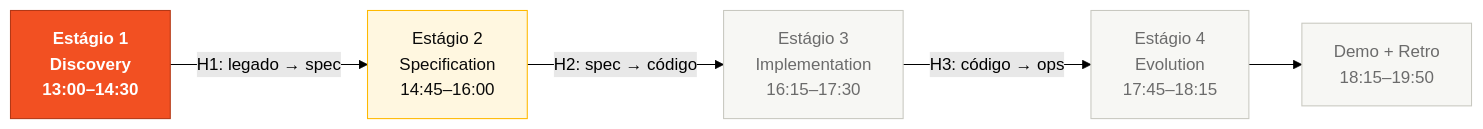
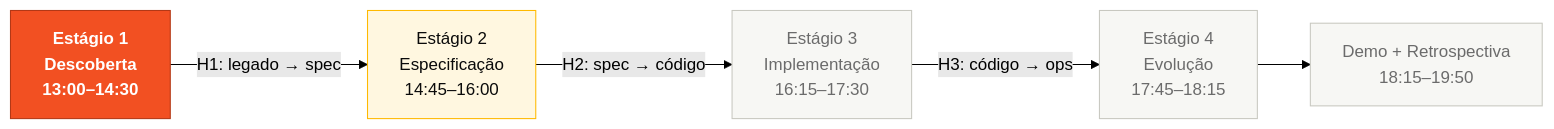
One commit to paulasilvatech/hackathon-datacorp-team-kit changed the first of 2 diagrams in pt-br/01-arqueologia/GUIDE.md. Above: the diagram before and after it, drawn with Mermaid (forest theme). The commit also changed other lines of this file and 172 other files, not shown here.

````diff
--- a/pt-br/01-arqueologia/GUIDE.md
+++ b/pt-br/01-arqueologia/GUIDE.md
@@ -21,17 +21,17 @@
 ```mermaid
 flowchart LR
  classDef current fill:#F25022,stroke:#B33816,color:#fff,font-weight:bold
  classDef next fill:#FFF7E0,stroke:#FFB900,color:#0A0A0A
  classDef later fill:#F7F7F4,stroke:#C8C8C0,color:#6B6B6B
 
- S1[Estágio 1<br/>Discovery<br/>13:00–14:30]:::current
- S2[Estágio 2<br/>Specification<br/>14:45–16:00]:::next
- S3[Estágio 3<br/>Implementation<br/>16:15–17:30]:::later
- S4[Estágio 4<br/>Evolution<br/>17:45–18:15]:::later
- DEMO[Demo + Retro<br/>18:15–19:50]:::later
+ S1[Estágio 1<br/>Descoberta<br/>13:00–14:30]:::current
+ S2[Estágio 2<br/>Especificação<br/>14:45–16:00]:::next
+ S3[Estágio 3<br/>Implementação<br/>16:15–17:30]:::later
+ S4[Estágio 4<br/>Evolução<br/>17:45–18:15]:::later
+ DEMO[Demo + Retrospectiva<br/>18:15–19:50]:::later
 
  S1 -- H1: legado → spec --> S2
  S2 -- H2: spec → código --> S3
  S3 -- H3: código → ops --> S4
  S4 --> DEMO
 ```
````
